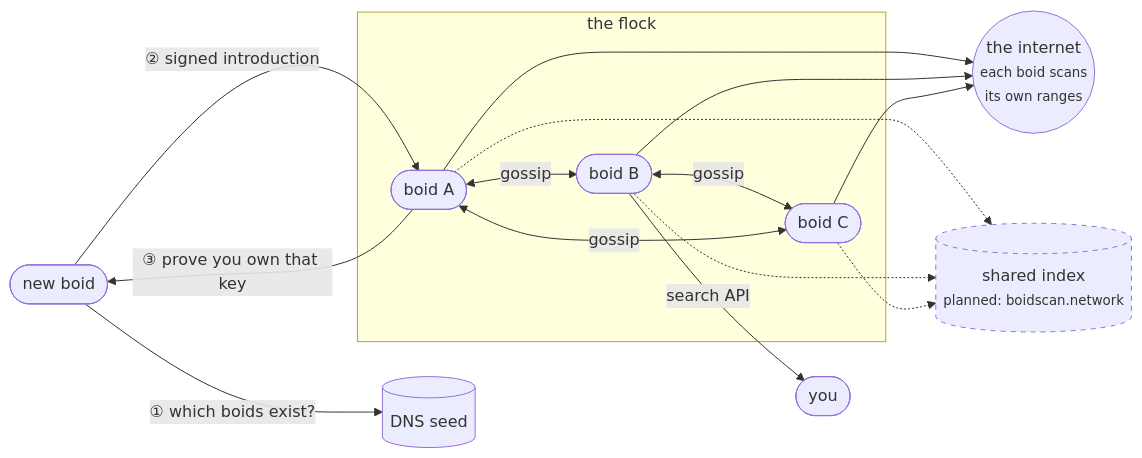
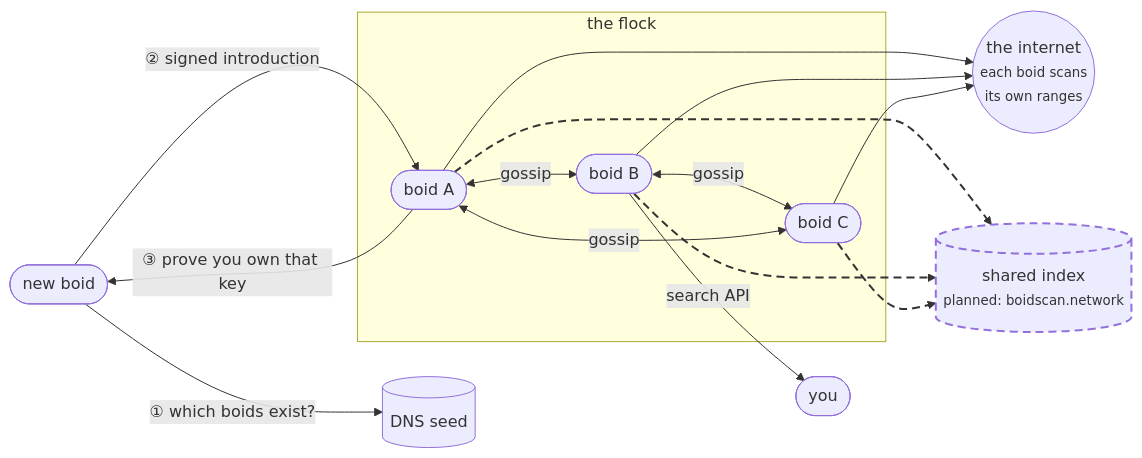
The diagram in profile/README.md (boidscan/.github), drawn with Mermaid before and after one commit.

Commit message:
better flowchart

````diff
--- a/profile/README.md
+++ b/profile/README.md
@@ -17,22 +17,22 @@
 ```mermaid
 flowchart LR
     new(["new boid"]) -->|"① which boids exist?"| seed[("DNS seed")]
     new -->|"② signed introduction"| A
     A -->|"③ prove you own that key"| new
 
     subgraph flock["the flock"]
         A(["boid A"])
         B(["boid B"])
         C(["boid C"])
         A <-->|gossip| B
         B <-->|gossip| C
         C <-->|gossip| A
     end
 
     A & B & C --> net(("the internet<br/><small>each boid scans<br/>its own ranges</small>"))
     A & B & C -.-> index[("shared index<br/><small>planned: boidscan.network</small>")]
     B -->|"search API"| you(["you"])
 
-    class index planned
-    classDef planned stroke-dasharray: 5 5
+    style index stroke-dasharray: 8 5,stroke-width:2px
+    linkStyle 9,10,11 stroke-dasharray: 8 5,stroke-width:2px
 ```
````
